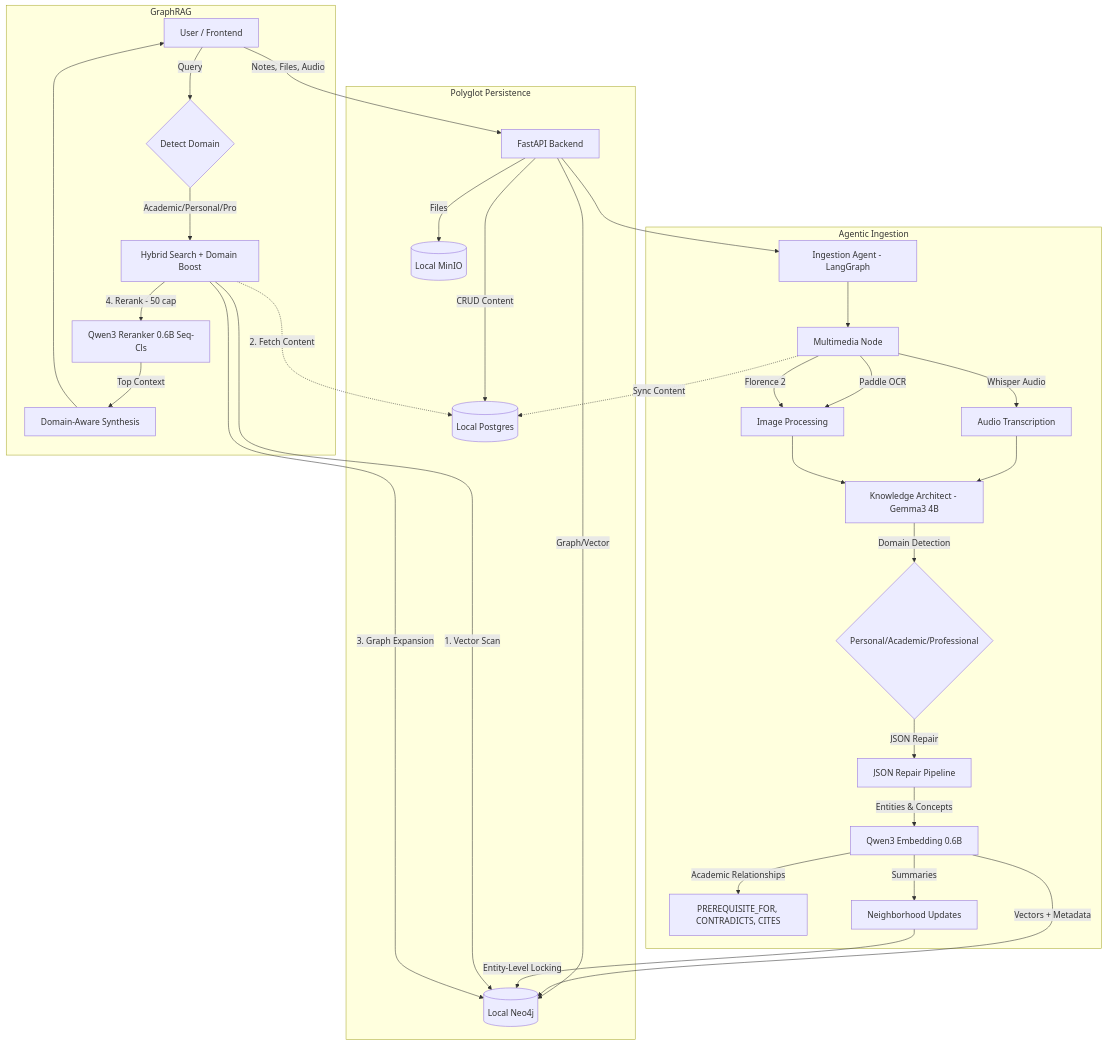
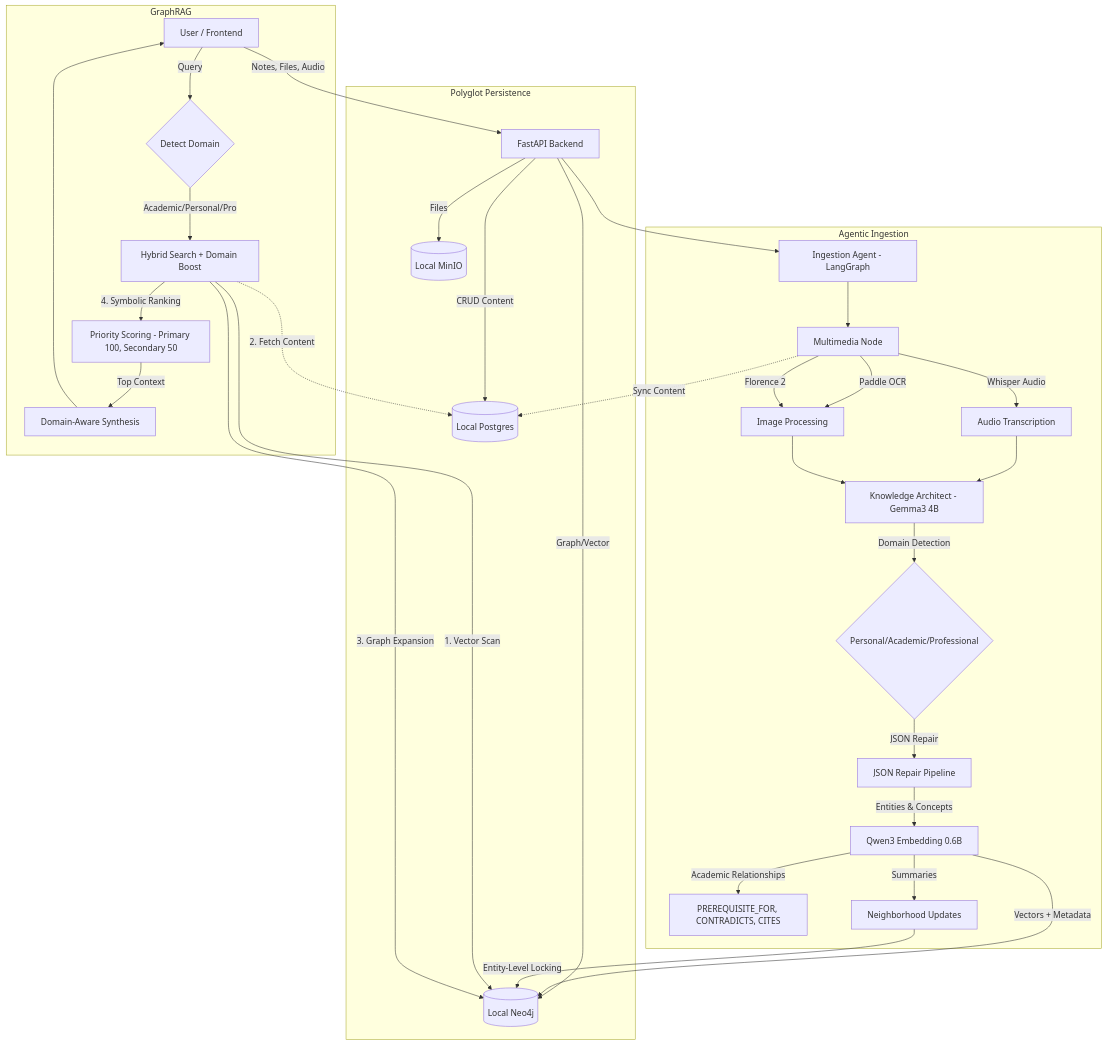
The diagram in README.md (josetseph/LiveOS), drawn with Mermaid before and after one commit. The commit also changed other lines of this file and 23 other files, not shown here.

First line of the commit message:
Implement bi-temporal relationships and symbolic ranking

````diff
--- a/README.md
+++ b/README.md
@@ -33,41 +33,41 @@
 ```mermaid
 graph TD
     User[User / Frontend]
     User -->|Notes, Files, Audio| API[FastAPI Backend]
     
     subgraph Storage [Polyglot Persistence]
         API -->|CRUD Content| Postgres[(Local Postgres)]
         API -->|Graph/Vector| Neo4j[(Local Neo4j)]
         API -->|Files| MinIO[(Local MinIO)]
     end
 
     subgraph Ingestion Pipeline [Agentic Ingestion]
         API --> Workflow[Ingestion Agent - LangGraph]
         Workflow --> Multimedia[Multimedia Node]
         Multimedia -->|Whisper Audio| Transcribe[Audio Transcription]
         Multimedia -->|Paddle OCR| OCR[PDF]
         Multimedia -->|Florence 2| OCR[Image Processing]
         Multimedia -.->|Sync Content| Postgres
         
         Transcribe --> Extractor[Knowledge Architect - Gemma3 4B]
         OCR --> Extractor
         Extractor -->|Domain Detection| DomainClassifier{Personal/Academic/Professional}
         DomainClassifier -->|JSON Repair| Cleaner[JSON Repair Pipeline]
         Cleaner -->|Entities & Concepts| Embedder[Qwen3 Embedding 0.6B]
         Embedder -->|Vectors + Metadata| Neo4j
         Embedder -->|Academic Relationships| AcademicGraph[PREREQUISITE_FOR, CONTRADICTS, CITES]
         Embedder -->|Summaries| Summarizer[Neighborhood Updates]
         Summarizer -->|Entity-Level Locking| Neo4j
     end
     
     subgraph Retrieval Pipeline [GraphRAG]
         User -->|Query| QueryClassifier{Detect Domain}
         QueryClassifier -->|Academic/Personal/Pro| Search[Hybrid Search + Domain Boost]
         Search -->|1. Vector Scan| Neo4j
         Search -.->|2. Fetch Content| Postgres
         Search -->|3. Graph Expansion| Neo4j
-        Search -->|4. Rerank - 50 cap| Reranker[Qwen3 Reranker 0.6B Seq-Cls]
-        Reranker -->|Top Context| Synthesis[Domain-Aware Synthesis]
+        Search -->|4. Symbolic Ranking| Ranker[Priority Scoring - Primary 100, Secondary 50]
+        Ranker -->|Top Context| Synthesis[Domain-Aware Synthesis]
         Synthesis --> User
     end
 ```
````
